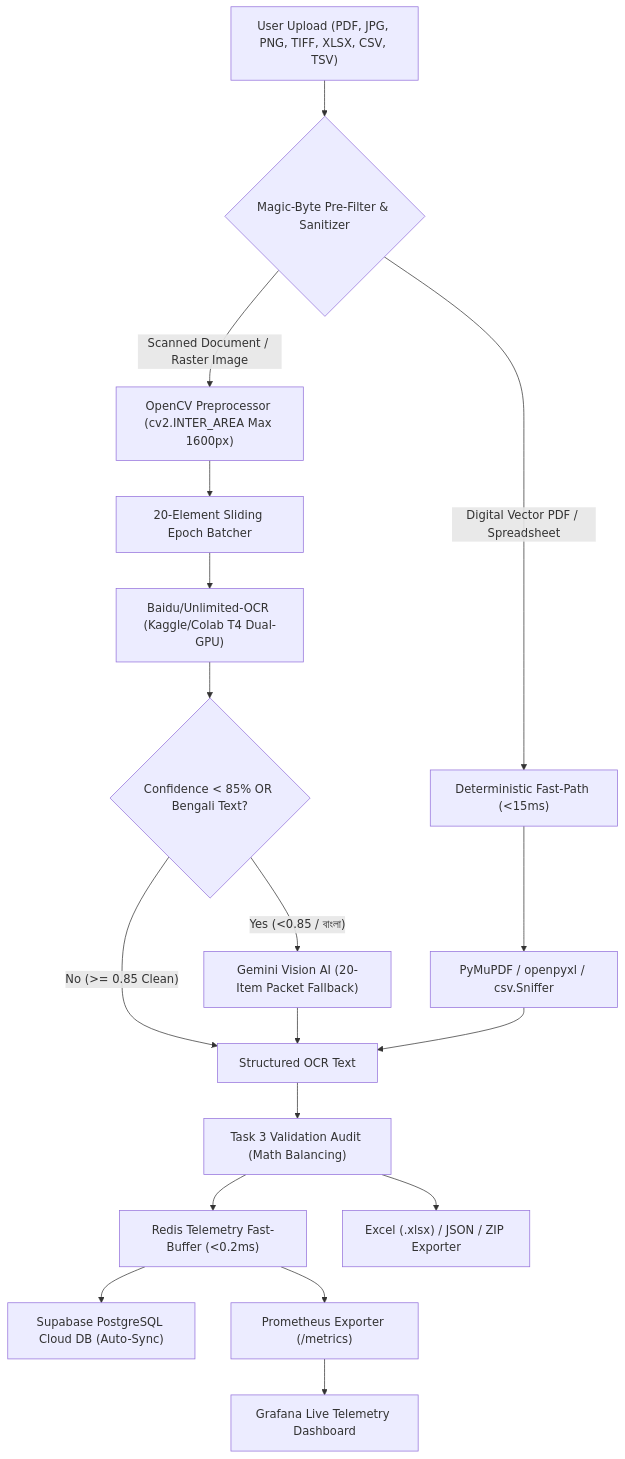
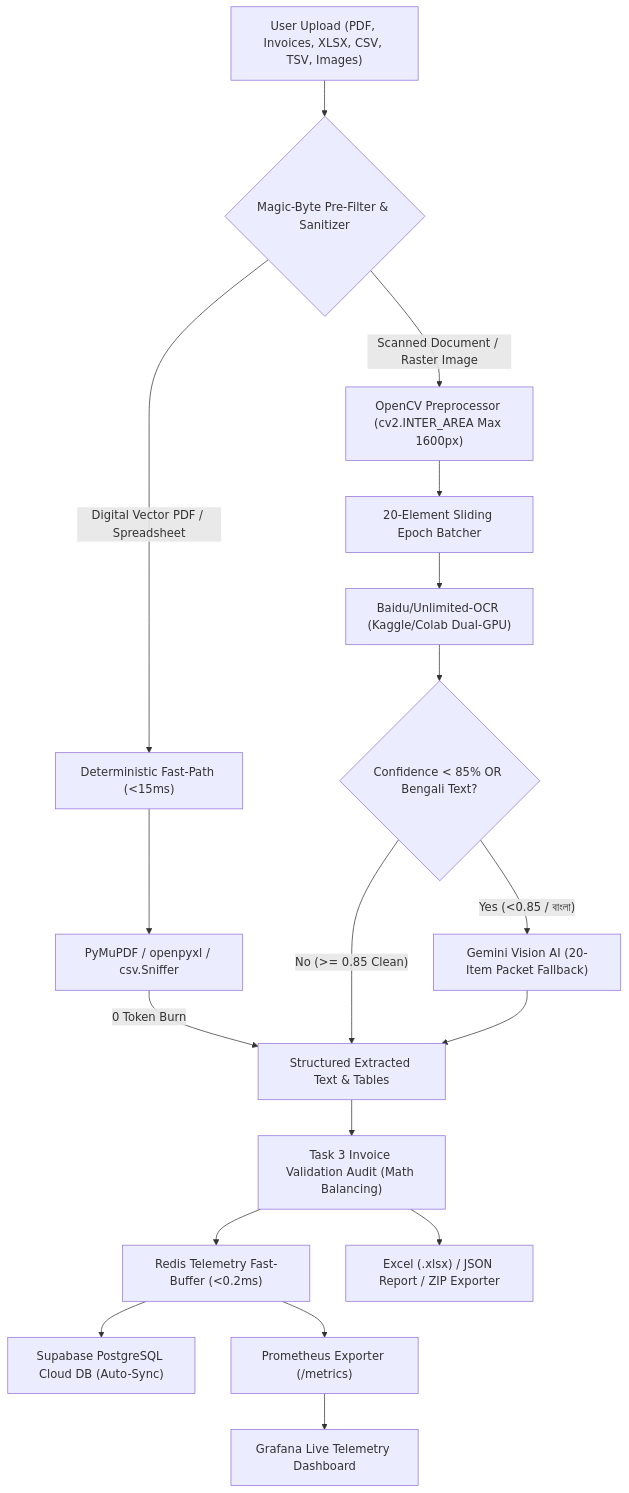
Before and after one commit to Sifatkhan-1915020/CGO-V1.0: the first of 3 diagrams in README.md, drawn with Mermaid. The commit also changed other lines of this file and 19 other files, not shown here.

Commit message:
docs: interactive HTML README with 8-section UI gallery, invoice workflows, and architecture

````diff
--- a/README.md
+++ b/README.md
@@ -90,28 +124,28 @@
 ```mermaid
 flowchart TD
-    A["User Upload (PDF, JPG, PNG, TIFF, XLSX, CSV, TSV)"] --> B{"Magic-Byte Pre-Filter & Sanitizer"}
+    A["User Upload (PDF, Invoices, XLSX, CSV, TSV, Images)"] --> B{"Magic-Byte Pre-Filter & Sanitizer"}
     
-    %% Fast Path
+    %% Fast Path (Deterministic)
     B -->|"Digital Vector PDF / Spreadsheet"| C["Deterministic Fast-Path (<15ms)"]
     C --> D["PyMuPDF / openpyxl / csv.Sniffer"]
+    D -->|"0 Token Burn"| J["Structured Extracted Text & Tables"]
     
-    %% Heavy Path
+    %% Heavy Path (Scanned Invoices / Media)
     B -->|"Scanned Document / Raster Image"| E["OpenCV Preprocessor (cv2.INTER_AREA Max 1600px)"]
     E --> F["20-Element Sliding Epoch Batcher"]
-    F --> G["Baidu/Unlimited-OCR (Kaggle/Colab T4 Dual-GPU)"]
+    F --> G["Baidu/Unlimited-OCR (Kaggle/Colab Dual-GPU)"]
     
-    %% Fallback
+    %% Quality Gate & AI Fallback
     G --> H{"Confidence < 85% OR Bengali Text?"}
     H -->|"Yes (<0.85 / বাংলা)"| I["Gemini Vision AI (20-Item Packet Fallback)"]
-    H -->|"No (>= 0.85 Clean)"| J["Structured OCR Text"]
+    H -->|"No (>= 0.85 Clean)"| J
     I --> J
-    D --> J
     
-    %% Post Processing & Telemetry
-    J --> K["Task 3 Validation Audit (Math Balancing)"]
+    %% Financial Audit & Data Persistence
+    J --> K["Task 3 Invoice Validation Audit (Math Balancing)"]
     K --> L["Redis Telemetry Fast-Buffer (<0.2ms)"]
     L --> M["Supabase PostgreSQL Cloud DB (Auto-Sync)"]
     L --> N["Prometheus Exporter (/metrics)"]
     N --> O["Grafana Live Telemetry Dashboard"]
-    K --> P["Excel (.xlsx) / JSON / ZIP Exporter"]
+    K --> P["Excel (.xlsx) / JSON Report / ZIP Exporter"]
 ```
````
